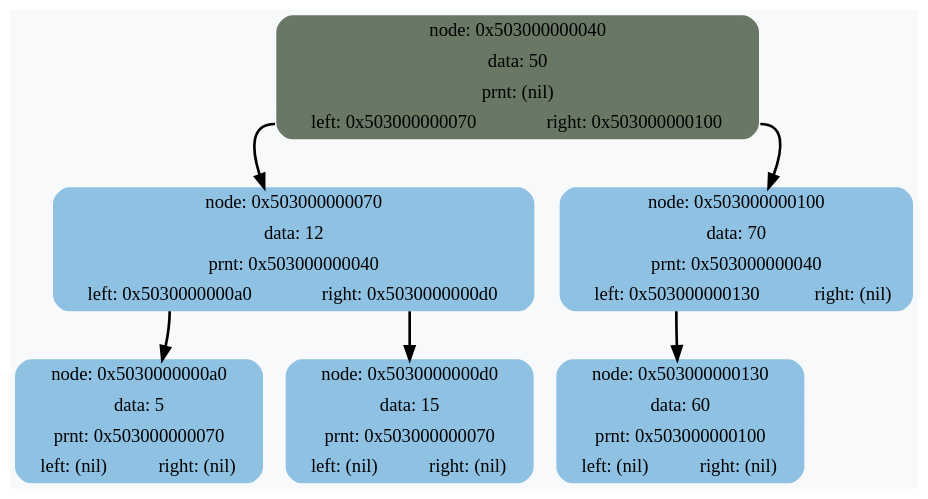
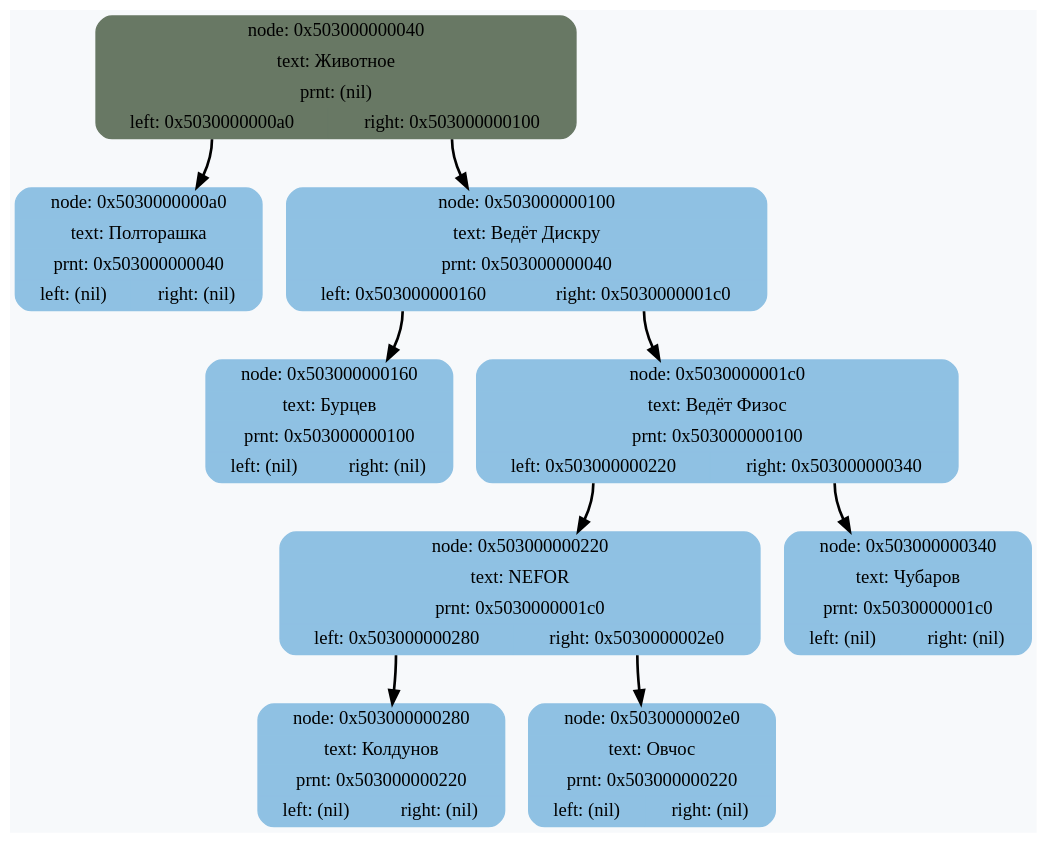
The diagram in DumpAkinator.dot (RTCupid/Akinator), drawn with Graphviz before and after one commit. The commit also changed 9 other files, not shown here.

Commit message:
output graphviz

```diff
--- a/DumpAkinator.dot
+++ b/DumpAkinator.dot
@@ -1,15 +1,21 @@
 digraph G {
 	rankdir = HR;
 	bgcolor="#F7F9FB"
-	 node0x503000000040 [shape=Mrecord; style=filled; color="#687864"; label =  "{node: 0x503000000040 | data:  50 | prnt: (nil) | {<left>left: 0x503000000070 | <right>right: 0x503000000100}  }" ];
-	 node0x503000000040:<left> -> node0x503000000070 [style=bold; weight=1000; ];
+	 node0x503000000040 [shape=Mrecord; style=filled; color="#687864"; label =  "{node: 0x503000000040 | text: Животное | prnt: (nil) | {<left>left: 0x5030000000a0 | <right>right: 0x503000000100}  }" ];
+	 node0x503000000040:<left> -> node0x5030000000a0 [style=bold; weight=1000; ];
 	 node0x503000000040:<right> -> node0x503000000100 [style=bold; weight=1000; ];
-	 node0x503000000070 [shape=Mrecord; style=filled; color="#8FC1E3"; label =  "{node: 0x503000000070 | data:  12 | prnt: 0x503000000040 | {<left>left: 0x5030000000a0 | <right>right: 0x5030000000d0}  }" ];
-	 node0x503000000070:<left> -> node0x5030000000a0 [style=bold; weight=1000; ];
-	 node0x503000000070:<right> -> node0x5030000000d0 [style=bold; weight=1000; ];
-	 node0x5030000000a0 [shape=Mrecord; style=filled; color="#8FC1E3"; label =  "{node: 0x5030000000a0 | data:   5 | prnt: 0x503000000070 | {<left>left: (nil) | <right>right: (nil)}  }" ];
-	 node0x5030000000d0 [shape=Mrecord; style=filled; color="#8FC1E3"; label =  "{node: 0x5030000000d0 | data:  15 | prnt: 0x503000000070 | {<left>left: (nil) | <right>right: (nil)}  }" ];
-	 node0x503000000100 [shape=Mrecord; style=filled; color="#8FC1E3"; label =  "{node: 0x503000000100 | data:  70 | prnt: 0x503000000040 | {<left>left: 0x503000000130 | <right>right: (nil)}  }" ];
-	 node0x503000000100:<left> -> node0x503000000130 [style=bold; weight=1000; ];
-	 node0x503000000130 [shape=Mrecord; style=filled; color="#8FC1E3"; label =  "{node: 0x503000000130 | data:  60 | prnt: 0x503000000100 | {<left>left: (nil) | <right>right: (nil)}  }" ];
+	 node0x5030000000a0 [shape=Mrecord; style=filled; color="#8FC1E3"; label =  "{node: 0x5030000000a0 | text: Полторашка | prnt: 0x503000000040 | {<left>left: (nil) | <right>right: (nil)}  }" ];
+	 node0x503000000100 [shape=Mrecord; style=filled; color="#8FC1E3"; label =  "{node: 0x503000000100 | text: Ведёт Дискру | prnt: 0x503000000040 | {<left>left: 0x503000000160 | <right>right: 0x5030000001c0}  }" ];
+	 node0x503000000100:<left> -> node0x503000000160 [style=bold; weight=1000; ];
+	 node0x503000000100:<right> -> node0x5030000001c0 [style=bold; weight=1000; ];
+	 node0x503000000160 [shape=Mrecord; style=filled; color="#8FC1E3"; label =  "{node: 0x503000000160 | text: Бурцев | prnt: 0x503000000100 | {<left>left: (nil) | <right>right: (nil)}  }" ];
+	 node0x5030000001c0 [shape=Mrecord; style=filled; color="#8FC1E3"; label =  "{node: 0x5030000001c0 | text: Ведёт Физос | prnt: 0x503000000100 | {<left>left: 0x503000000220 | <right>right: 0x503000000340}  }" ];
+	 node0x5030000001c0:<left> -> node0x503000000220 [style=bold; weight=1000; ];
+	 node0x5030000001c0:<right> -> node0x503000000340 [style=bold; weight=1000; ];
+	 node0x503000000220 [shape=Mrecord; style=filled; color="#8FC1E3"; label =  "{node: 0x503000000220 | text: NEFOR | prnt: 0x5030000001c0 | {<left>left: 0x503000000280 | <right>right: 0x5030000002e0}  }" ];
+	 node0x503000000220:<left> -> node0x503000000280 [style=bold; weight=1000; ];
+	 node0x503000000220:<right> -> node0x5030000002e0 [style=bold; weight=1000; ];
+	 node0x503000000280 [shape=Mrecord; style=filled; color="#8FC1E3"; label =  "{node: 0x503000000280 | text: Колдунов | prnt: 0x503000000220 | {<left>left: (nil) | <right>right: (nil)}  }" ];
+	 node0x5030000002e0 [shape=Mrecord; style=filled; color="#8FC1E3"; label =  "{node: 0x5030000002e0 | text: Овчос | prnt: 0x503000000220 | {<left>left: (nil) | <right>right: (nil)}  }" ];
+	 node0x503000000340 [shape=Mrecord; style=filled; color="#8FC1E3"; label =  "{node: 0x503000000340 | text: Чубаров | prnt: 0x5030000001c0 | {<left>left: (nil) | <right>right: (nil)}  }" ];
 }
```
